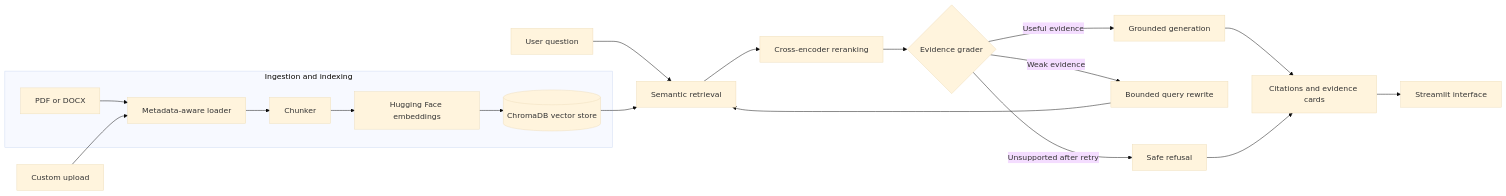
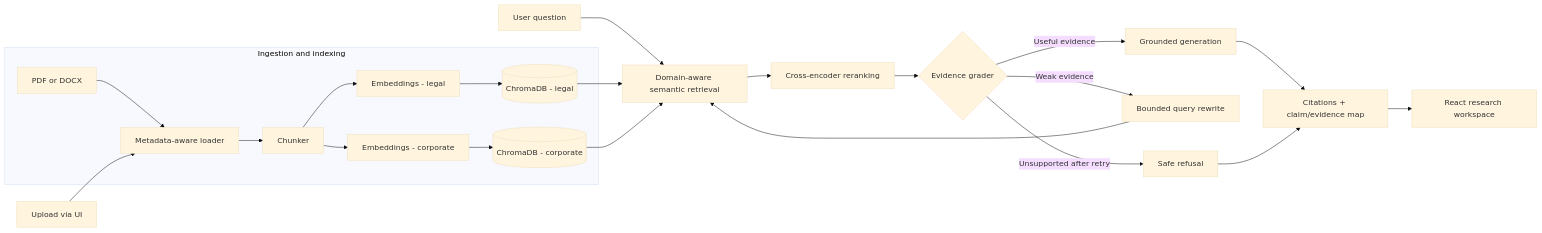
One commit to amshutha07-cmd/VeriDoc changed the diagram in README.md. Above: the diagram before and after it, drawn with Mermaid (base theme). The commit also changed other lines of this file, not shown here.

Commit message:
Update README to reflect current FastAPI + React architecture (replaces stale Streamlit-era version)

````diff
--- a/README.md
+++ b/README.md
@@ -27,23 +25,26 @@
 ```mermaid
 flowchart LR
-    Q[User question] --> R[Semantic retrieval]
+    Q[User question] --> R[Domain-aware semantic retrieval]
     R --> RR[Cross-encoder reranking]
     RR --> G{Evidence grader}
     G -->|Useful evidence| GEN[Grounded generation]
     G -->|Weak evidence| RW[Bounded query rewrite]
     RW --> R
     G -->|Unsupported after retry| REF[Safe refusal]
-    GEN --> C[Citations and evidence cards]
+    GEN --> C[Citations + claim/evidence map]
     REF --> C
-    C --> UI[Streamlit interface]
+    C --> UI[React research workspace]
 
     subgraph ING[Ingestion and indexing]
       F[PDF or DOCX] --> L[Metadata-aware loader]
       L --> CH[Chunker]
-      CH --> E[Hugging Face embeddings]
-      E --> VS[(ChromaDB vector store)]
+      CH --> E1[Embeddings - legal]
+      CH --> E2[Embeddings - corporate]
+      E1 --> VS1[(ChromaDB - legal)]
+      E2 --> VS2[(ChromaDB - corporate)]
     end
 
-    VS --> R
-    U[Custom upload] --> L
+    VS1 --> R
+    VS2 --> R
+    U[Upload via UI] --> L
 ```
````
